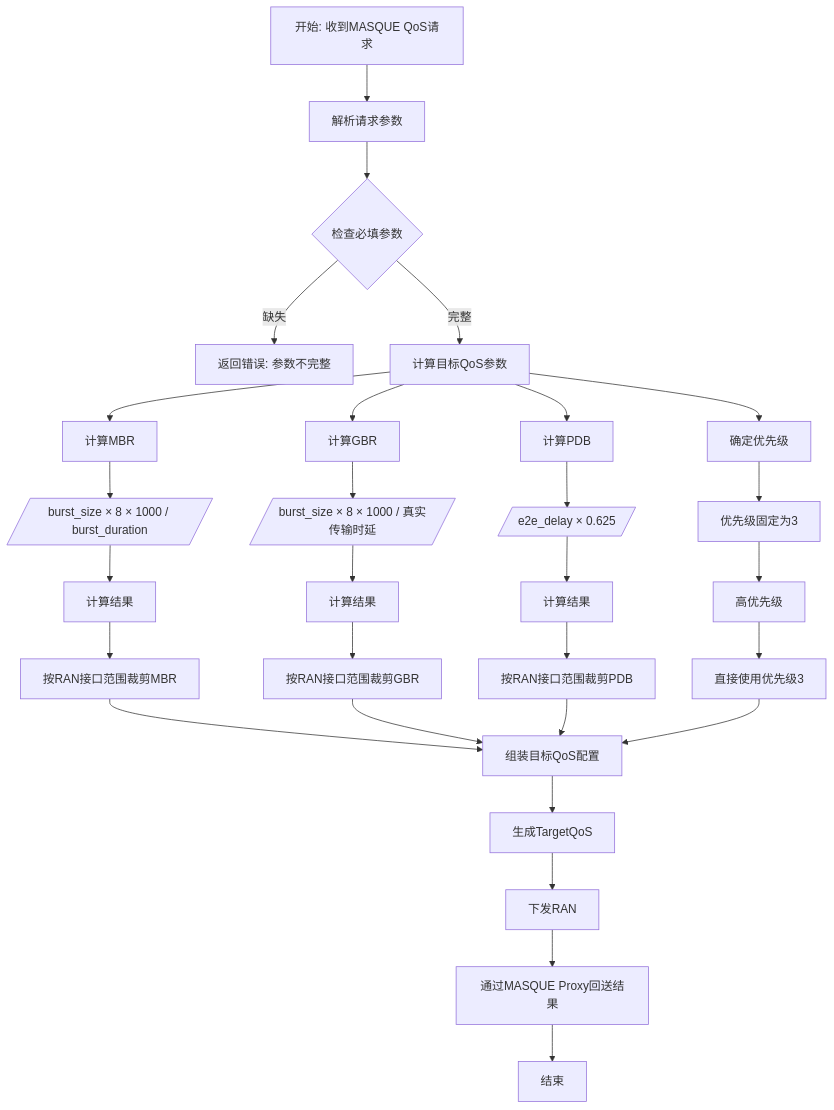
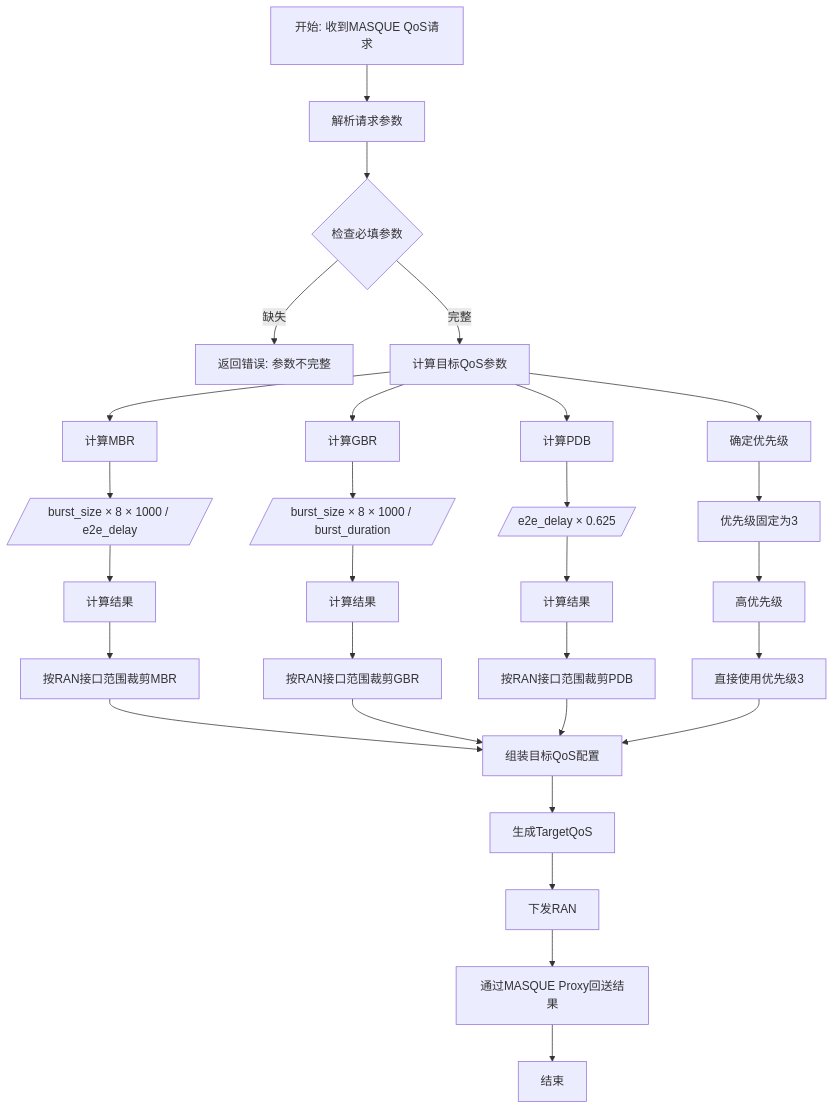
One commit to acore2026/QoSModule changed the third of 10 diagrams in 随路Qos设计文档.md. Above: the diagram before and after it, drawn with Mermaid. The commit also changed other lines of this file and 4 other files, not shown here.

````diff
--- a/随路Qos设计文档.md
+++ b/随路Qos设计文档.md
@@ -274,39 +274,39 @@
 ```mermaid
 flowchart TD
     A[开始: 收到MASQUE QoS请求] --> B[解析请求参数]
 
     B --> C{检查必填参数}
     C -->|缺失| Z[返回错误: 参数不完整]
     C -->|完整| H[计算目标QoS参数]
 
     H --> I[计算MBR]
-    I --> I1[/burst_size × 8 × 1000 / burst_duration/]
+    I --> I1[/burst_size × 8 × 1000 / e2e_delay/]
     I1 --> I2[计算结果]
 
     H --> J[计算GBR]
-    J --> J1[/burst_size × 8 × 1000 / 真实传输时延/]
+    J --> J1[/burst_size × 8 × 1000 / burst_duration/]
     J1 --> J2[计算结果]
 
     H --> K[计算PDB]
     K --> K1[/e2e_delay × 0.625/]
     K1 --> K2[计算结果]
 
     H --> L[确定优先级]
     L --> L1[优先级固定为3]
     L1 --> L2[高优先级]
 
     I2 --> N[按RAN接口范围裁剪MBR]
     J2 --> O[按RAN接口范围裁剪GBR]
     K2 --> P[按RAN接口范围裁剪PDB]
     L2 --> Q[直接使用优先级3]
 
     N --> S[组装目标QoS配置]
     O --> S
     P --> S
     Q --> S
 
     S --> T[生成TargetQoS]
     T --> U[下发RAN]
     U --> V[通过MASQUE Proxy回送结果]
     V --> W[结束]
 ```
````
